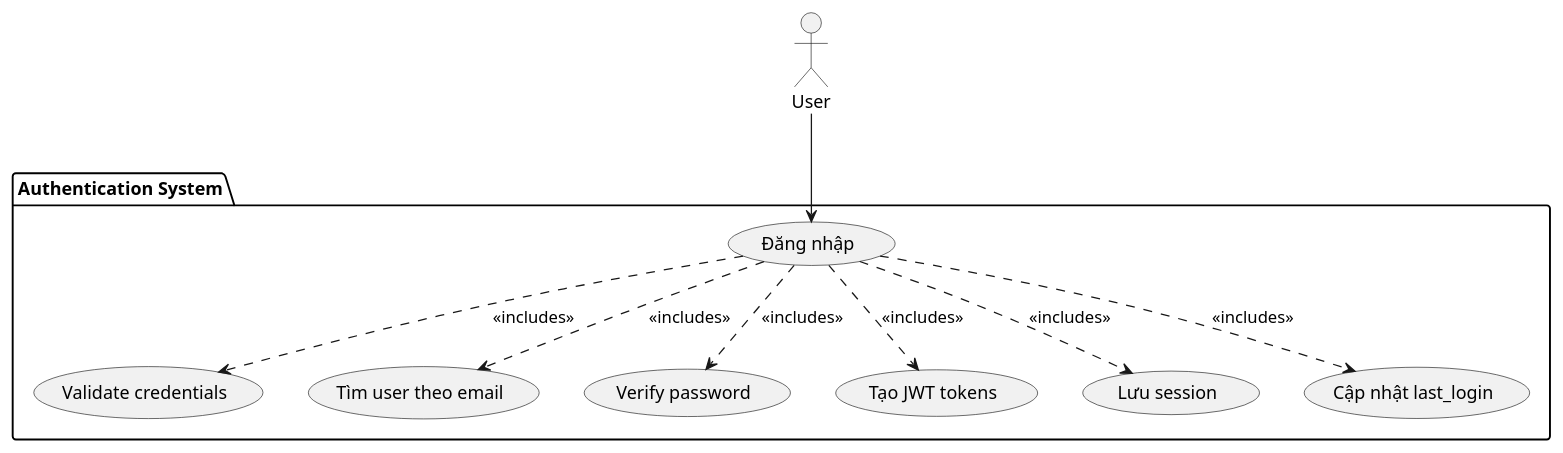
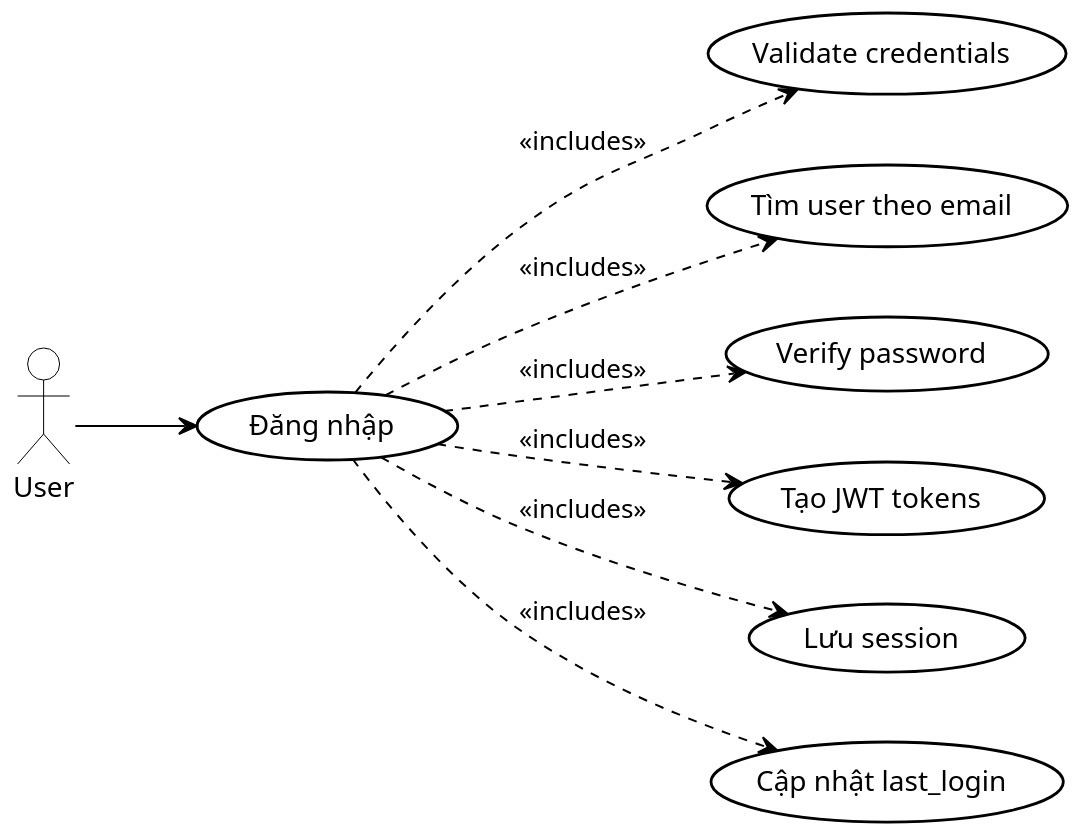
Before and after one commit to quanbin27/TabiMoney: the diagram in uml-diagrams/UC_002_Login.puml, drawn with PlantUML. The commit also changed 108 other files, not shown here.

Commit message:
docs: update diagram images

```diff
--- a/uml-diagrams/UC_002_Login.puml
+++ b/uml-diagrams/UC_002_Login.puml
@@ -1,22 +1,48 @@
 @startuml UC_002_Login
+
+skinparam usecase {
+    BackgroundColor #FFFFFF
+    BorderColor #000000
+    ArrowColor #000000
+    BorderThickness 1.4
+    FontColor #000000
+    FontSize 14
+}
+
+skinparam actor {
+    BackgroundColor #FFFFFF
+    BorderColor #000000
+    FontColor #000000
+    FontSize 14
+}
+
+skinparam package {
+    BorderColor #000000
+    FontColor #000000
+}
+
+skinparam shadowing false
+skinparam dpi 150
+
+' Layout ngang
+left to right direction
+
 actor User
 
-package "Authentication System" {
-    usecase "Đăng nhập" as UC_Login
-    usecase "Validate credentials" as UC_Validate
-    usecase "Tìm user theo email" as UC_FindUser
-    usecase "Verify password" as UC_VerifyPassword
-    usecase "Tạo JWT tokens" as UC_GenerateTokens
-    usecase "Lưu session" as UC_SaveSession
-    usecase "Cập nhật last_login" as UC_UpdateLastLogin
-}
+usecase "Đăng nhập" as UC_Login
+usecase "Validate credentials" as UC_Validate
+usecase "Tìm user theo email" as UC_FindUser
+usecase "Verify password" as UC_VerifyPassword
+usecase "Tạo JWT tokens" as UC_GenerateTokens
+usecase "Lưu session" as UC_SaveSession
+usecase "Cập nhật last_login" as UC_UpdateLastLogin
 
 User --> UC_Login
 UC_Login ..> UC_Validate : <<includes>>
 UC_Login ..> UC_FindUser : <<includes>>
 UC_Login ..> UC_VerifyPassword : <<includes>>
 UC_Login ..> UC_GenerateTokens : <<includes>>
 UC_Login ..> UC_SaveSession : <<includes>>
 UC_Login ..> UC_UpdateLastLogin : <<includes>>
 
 @enduml
```
